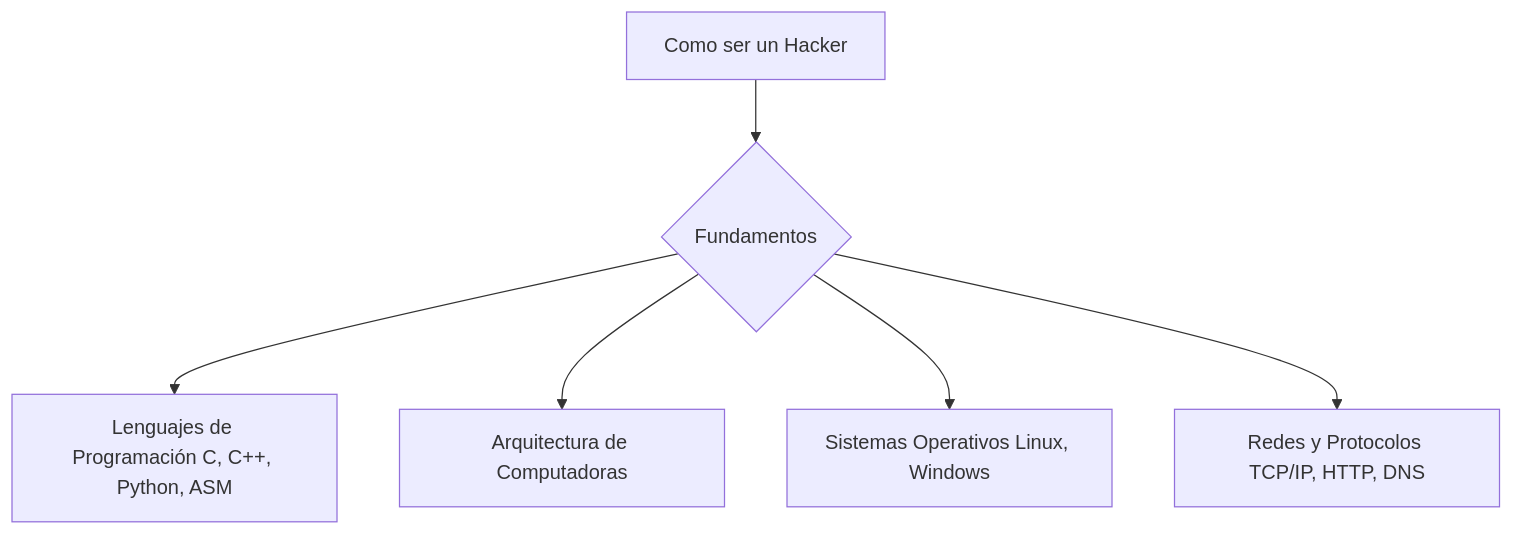
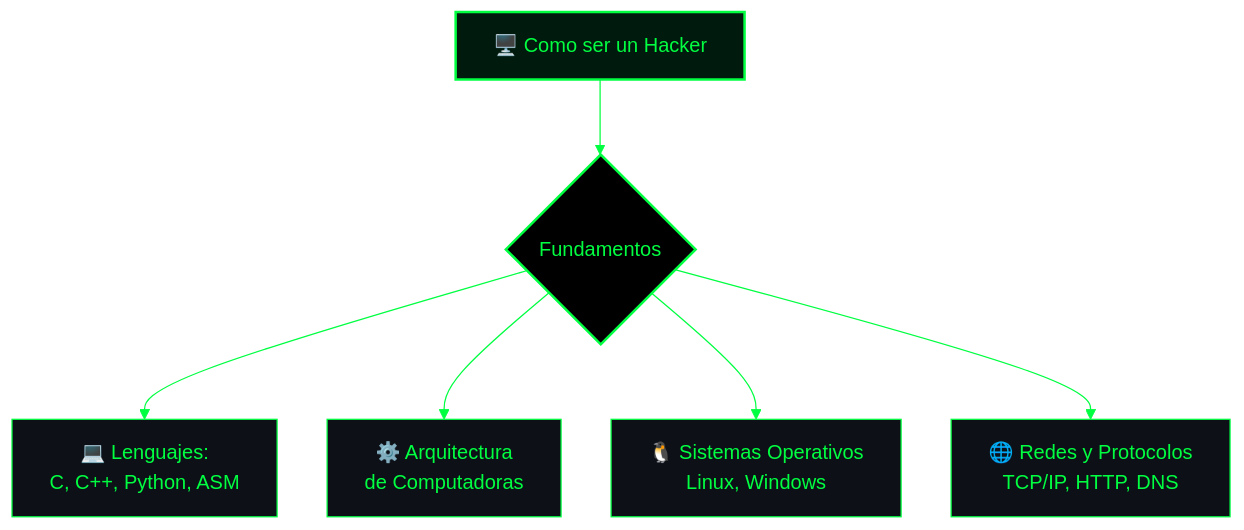
The diagram in README.md (VictorH028/VictorH028), drawn with Mermaid before and after one commit. The commit also changed other lines of this file and 1 other file, not shown here.

````diff
--- a/README.md
+++ b/README.md
@@ -56,8 +63,33 @@
 ```mermaid
+%%{
+  init: {
+    'theme': 'base',
+    'themeVariables': {
+      'primaryColor': '#0d1117',
+      'primaryTextColor': '#00ff41',
+      'primaryBorderColor': '#00ff41',
+      'lineColor': '#00ff41',
+      'secondaryColor': '#001a0d',
+      'tertiaryColor': '#000000',
+      'background': '#0d1117',
+      'fontFamily': 'monospace',
+      'clusterBkg': '#0d1117',
+      'clusterBorder': '#00ff41'
+    },
+    'flowchart': { 'curve': 'basis', 'nodeSpacing': 40, 'rankSpacing': 60 }
+  }
+}%%
 flowchart TD
-A[Como ser un  Hacker] --> B{Fundamentos}
-B --> B1[Lenguajes de Programación C, C++, Python, ASM]
-B --> B2[Arquitectura de Computadoras]
-B --> B3[Sistemas Operativos Linux, Windows]
-B --> B4[Redes y Protocolos TCP/IP, HTTP, DNS]
+    A["🖥️ Como ser un Hacker"] --> B{"Fundamentos"}
+    B --> B1["💻 Lenguajes:<br/>C, C++, Python, ASM"]
+    B --> B2["⚙️ Arquitectura<br/>de Computadoras"]
+    B --> B3["🐧 Sistemas Operativos<br/>Linux, Windows"]
+    B --> B4["🌐 Redes y Protocolos<br/>TCP/IP, HTTP, DNS"]
+
+    style A fill:#001a0d,stroke:#00ff41,stroke-width:2px,color:#00ff41
+    style B fill:#000000,stroke:#00ff41,stroke-width:2px,color:#00ff41
+    style B1 fill:#0d1117,stroke:#00ff41,color:#00ff41
+    style B2 fill:#0d1117,stroke:#00ff41,color:#00ff41
+    style B3 fill:#0d1117,stroke:#00ff41,color:#00ff41
+    style B4 fill:#0d1117,stroke:#00ff41,color:#00ff41
 ```
````
